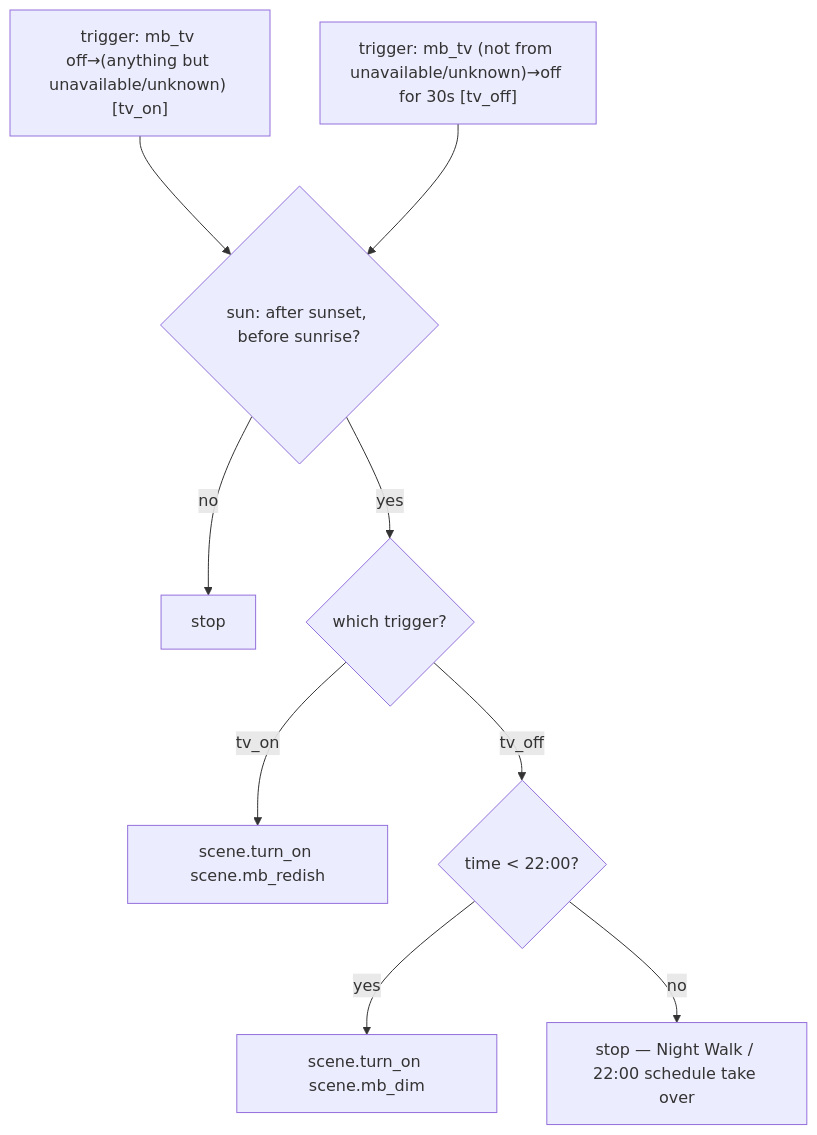
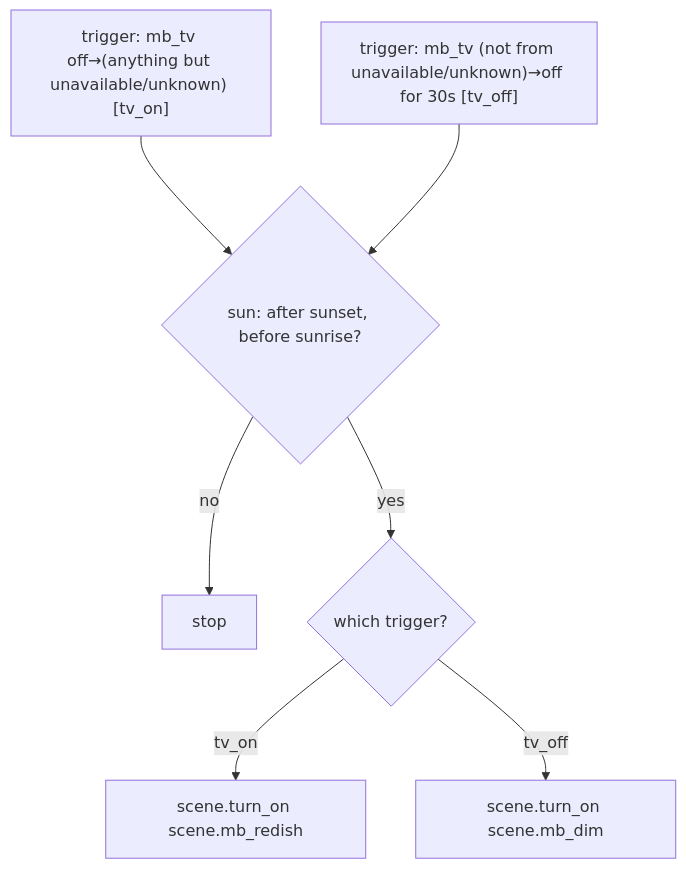
One commit to nerami/terminus-config changed the second of 2 diagrams in docs/automations/master_bedroom.md. Above: the diagram before and after it, drawn with Mermaid. The commit also changed other lines of this file and 15 other files, not shown here.

````diff
--- a/docs/automations/master_bedroom.md
+++ b/docs/automations/master_bedroom.md
@@ -45,14 +45,12 @@
 ```mermaid
 flowchart TD
     T1["trigger: mb_tv off→(anything but unavailable/unknown) [tv_on]"]
     T2["trigger: mb_tv (not from unavailable/unknown)→off for 30s [tv_off]"]
     T1 --> C
     T2 --> C
     C{"sun: after sunset, before sunrise?"}
     C -- no --> X["stop"]
     C -- yes --> W{"which trigger?"}
     W -- tv_on --> RED["scene.turn_on scene.mb_redish"]
-    W -- tv_off --> C2{"time < 22:00?"}
-    C2 -- yes --> DIM["scene.turn_on scene.mb_dim"]
-    C2 -- no --> X2["stop — Night Walk / 22:00 schedule take over"]
+    W -- tv_off --> DIM["scene.turn_on scene.mb_dim"]
 ```
````
